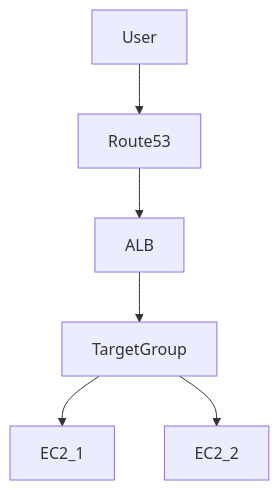
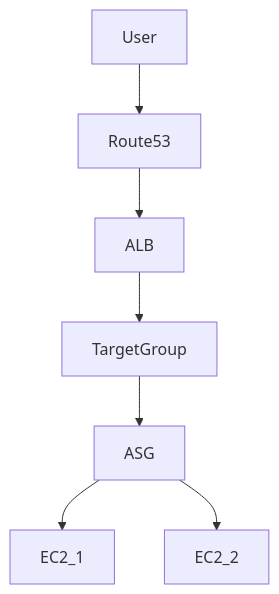
Before and after one commit to tclinux/terraform-aws-nginx-alb: the diagram in README.md, drawn with Mermaid. The commit also changed other lines of this file, not shown here.

````diff
--- a/README.md
+++ b/README.md
@@ -23,8 +30,9 @@
 ```mermaid
 graph TD
     User --> Route53
     Route53 --> ALB
     ALB --> TargetGroup
-    TargetGroup --> EC2_1
-    TargetGroup --> EC2_2
+    TargetGroup --> ASG
+    ASG --> EC2_1
+    ASG --> EC2_2
 ```
````
